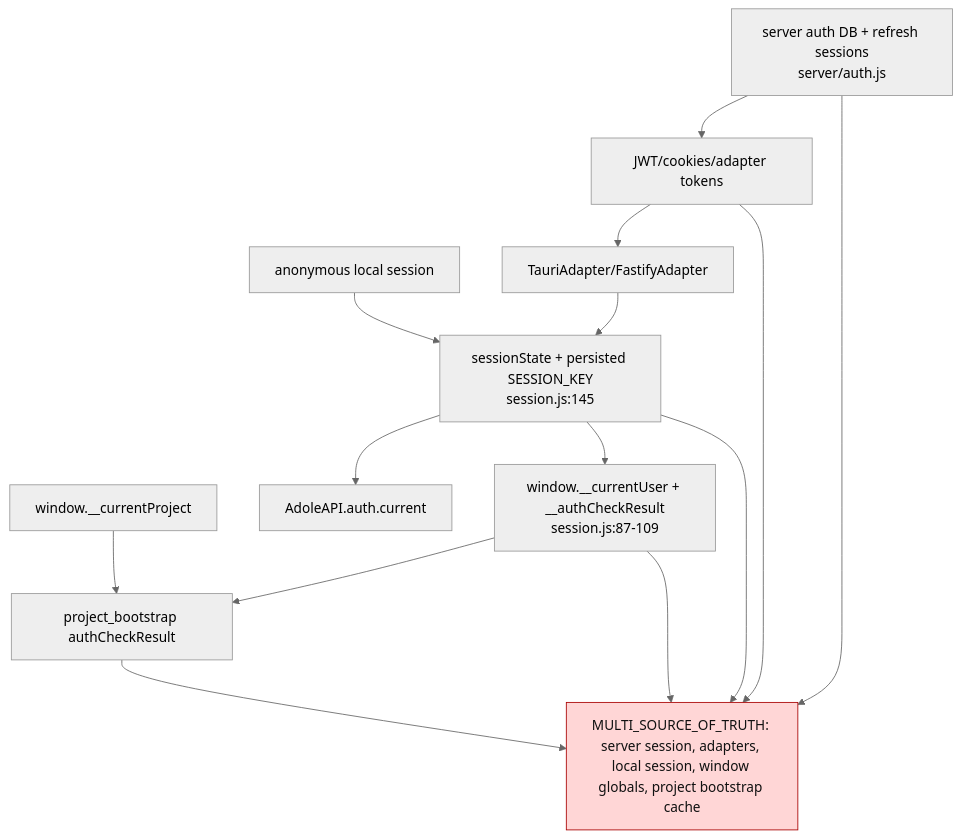
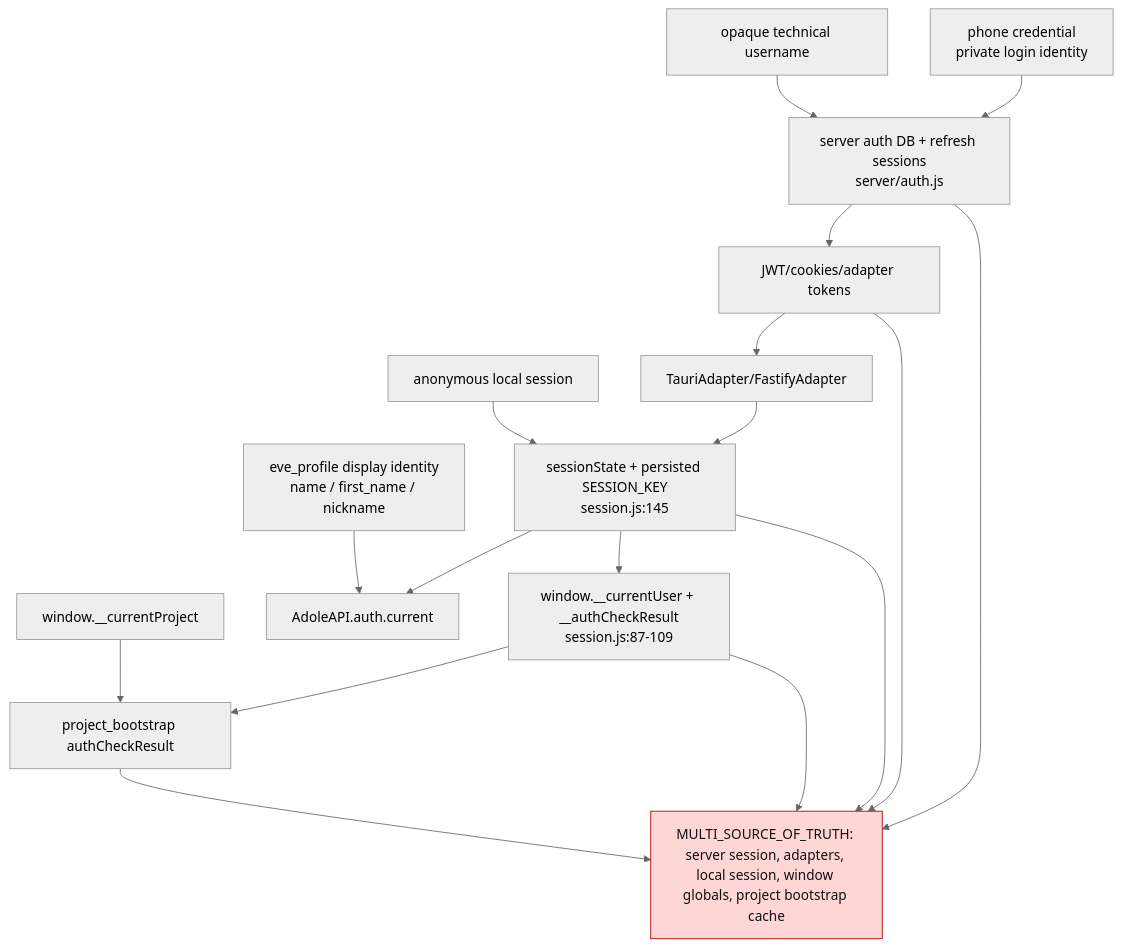
The diagram in atome/documentations/graphs/user-login/04-source-of-truth-graph.md (atomecorp/a), drawn with Mermaid (neutral theme) before and after one commit. The commit also changed 31 other files, not shown here.

Commit message:
first shraiing API debug wave

````diff
--- a/atome/documentations/graphs/user-login/04-source-of-truth-graph.md
+++ b/atome/documentations/graphs/user-login/04-source-of-truth-graph.md
@@ -3,20 +3,23 @@
 ```mermaid
 flowchart TD
   Server["server auth DB + refresh sessions\nserver/auth.js"] --> Tokens["JWT/cookies/adapter tokens"]
   Tokens --> Adapters["TauriAdapter/FastifyAdapter"]
   Adapters --> Session["sessionState + persisted SESSION_KEY\nsession.js:145"]
   Session --> Window["window.__currentUser + __authCheckResult\nsession.js:87-109"]
   Window --> ProjectBoot["project_bootstrap authCheckResult"]
   Session --> AdoleAPI["AdoleAPI.auth.current"]
   Anonymous["anonymous local session"] --> Session
   ProjectCurrent["window.__currentProject"] --> ProjectBoot
+  Phone["phone credential\nprivate login identity"] --> Server
+  Technical["opaque technical username"] --> Server
+  Profile["eve_profile display identity\nname / first_name / nickname"] --> AdoleAPI
 
   Multi["MULTI_SOURCE_OF_TRUTH: server session, adapters, local session, window globals, project bootstrap cache"]:::risk
   Server --> Multi
   Tokens --> Multi
   Session --> Multi
   Window --> Multi
   ProjectBoot --> Multi
 
   classDef risk fill:#ffd6d6,stroke:#a80000,color:#111
 ```
````
